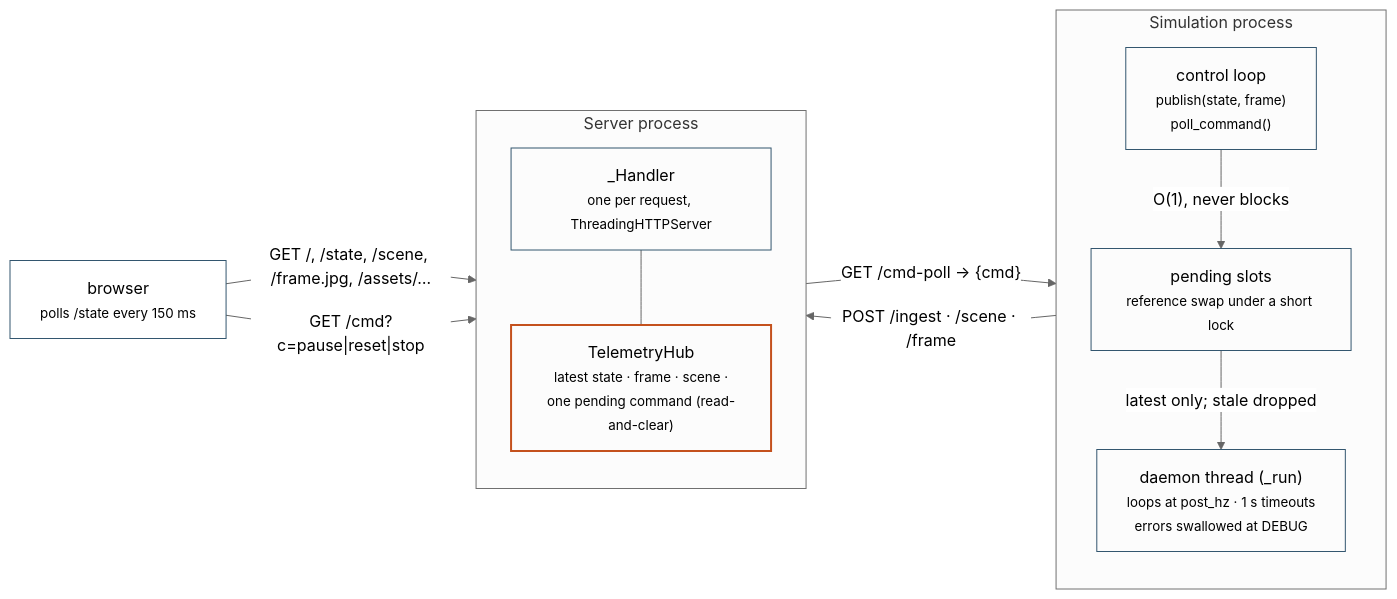
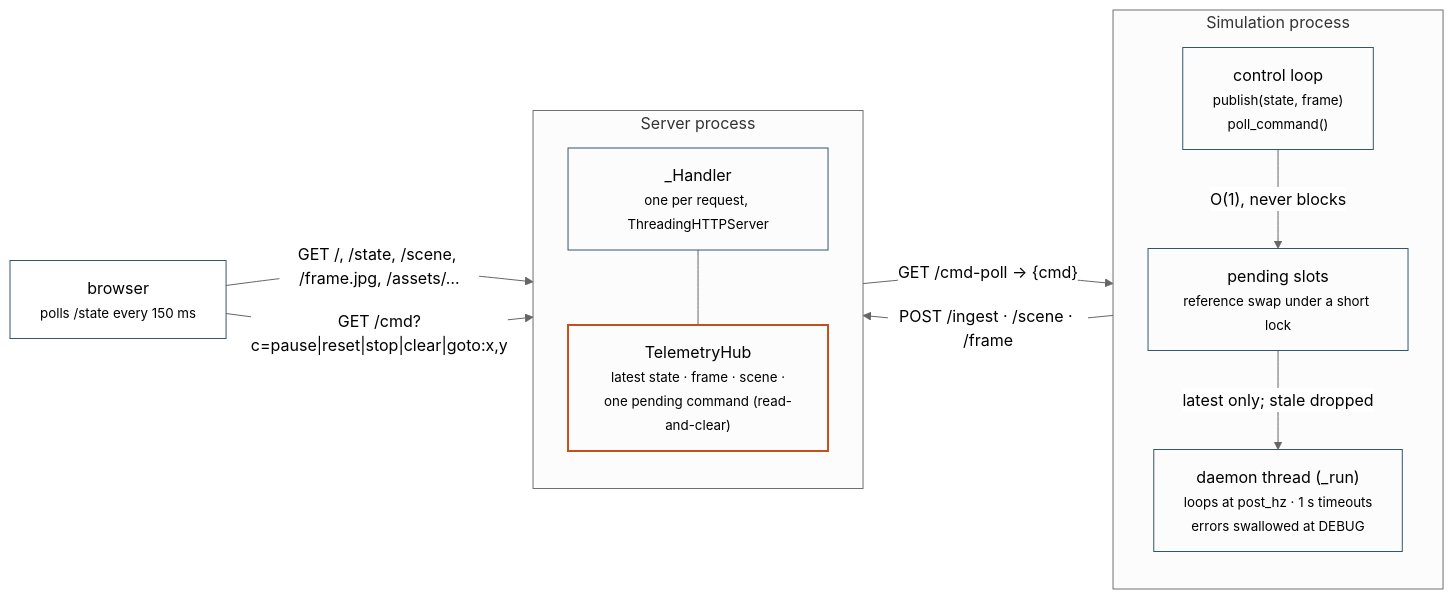
The diagram in docs/api/dashboard.md (r-sendra/domo), drawn with Mermaid (neutral theme) before and after one commit. The commit also changed other lines of this file and 6 other files, not shown here.

````diff
--- a/docs/api/dashboard.md
+++ b/docs/api/dashboard.md
@@ -37,30 +37,30 @@
 ```mermaid
 flowchart LR
     subgraph sim["Simulation process"]
         direction TB
         S["control loop<br/><small>publish(state, frame)<br/>poll_command()</small>"]
         Q["pending slots<br/><small>reference swap under a short lock</small>"]
         D["daemon thread (_run)<br/><small>loops at post_hz · 1 s timeouts<br/>errors swallowed at DEBUG</small>"]
         S -- "O(1), never blocks" --> Q
         Q -- "latest only; stale dropped" --> D
     end
 
     subgraph srv["Server process"]
         direction TB
         H["_Handler<br/><small>one per request, ThreadingHTTPServer</small>"]
         T["TelemetryHub<br/><small>latest state · frame · scene ·<br/>one pending command (read-and-clear)</small>"]
         H --- T
     end
 
     B["browser<br/><small>polls /state every 150 ms</small>"]
 
     D -- "POST /ingest · /scene · /frame" --> H
     H -- "GET /cmd-poll → {cmd}" --> D
     B -- "GET /, /state, /scene, /frame.jpg, /assets/…" --> H
-    B -- "GET /cmd?c=pause|reset|stop" --> H
+    B -- "GET /cmd?c=pause|reset|stop|clear|goto:x,y" --> H
 
     classDef box fill:none,stroke:#33566f,stroke-width:1px;
     classDef accent fill:none,stroke:#c4511d,stroke-width:2px;
     class S,Q,D,H,B box;
     class T accent;
 ```
````
